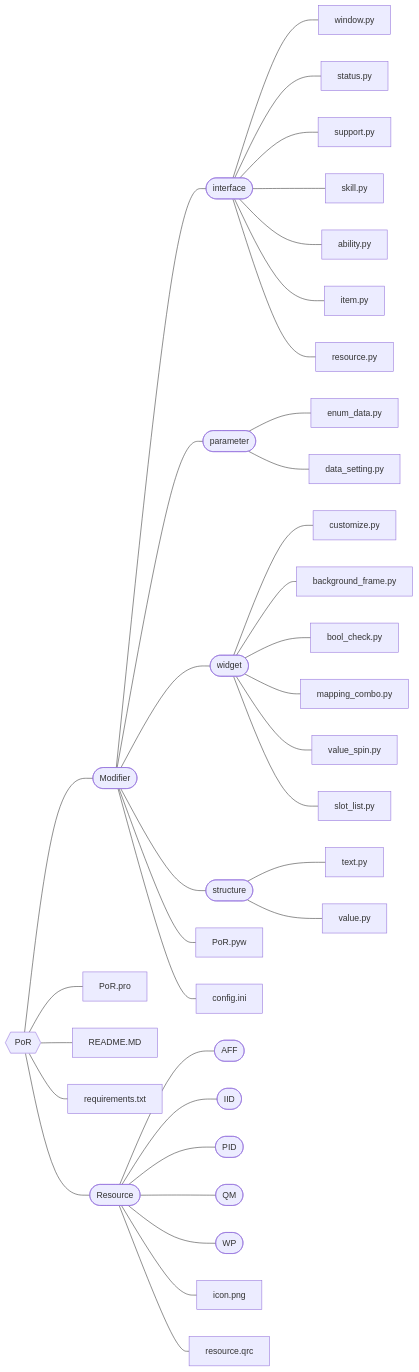
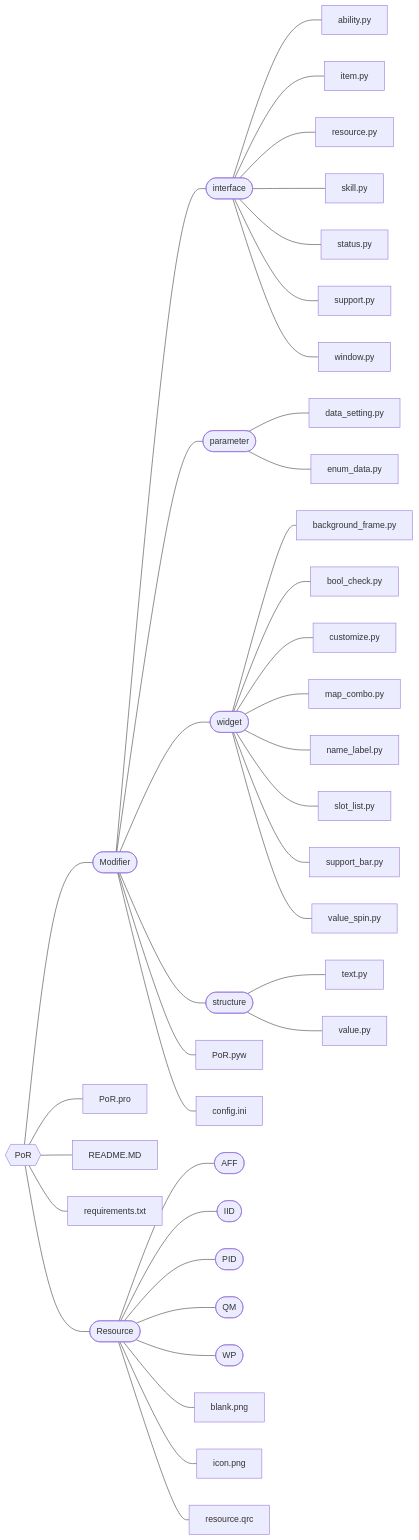
The diagram in README.MD (hamano0813/PoR), drawn with Mermaid before and after one commit. The commit also changed other lines of this file and 54 other files, not shown here.

````diff
--- a/README.MD
+++ b/README.MD
@@ -23,45 +17,48 @@
 ```mermaid
 graph LR;
 R{{PoR}}
 m([Modifier])
 r([Resource])
 i([interface])
 p([parameter])
 s([structure])
 w([widget])
 R---m
 R---PoR.pro
 R---README.MD
 R---requirements.txt
 r---AFF([AFF])
 r---IID([IID])
 r---PID([PID])
 r---QM([QM])
 r---WP([WP])
+r---blank.png
 r---icon.png
 r---resource.qrc
 m---i
 m---p
 m---w
 m---s
 m---PoR.pyw
 m---config.ini
-i---window.py
-i---status.py
-i---support.py
-i---skill.py
 i---ability.py
 i---item.py
 i---resource.py
+i---skill.py
+i---status.py
+i---support.py
+i---window.py
+p---data_setting.py
 p---enum_data.py
-p---data_setting.py
 s---text.py
 s---value.py
-w---customize.py
 w---background_frame.py
 w---bool_check.py
-w---mapping_combo.py
+w---customize.py
+w---map_combo.py
+w---name_label.py
+w---slot_list.py
+w---support_bar.py
 w---value_spin.py
-w---slot_list.py
 R---r
 ```
````
